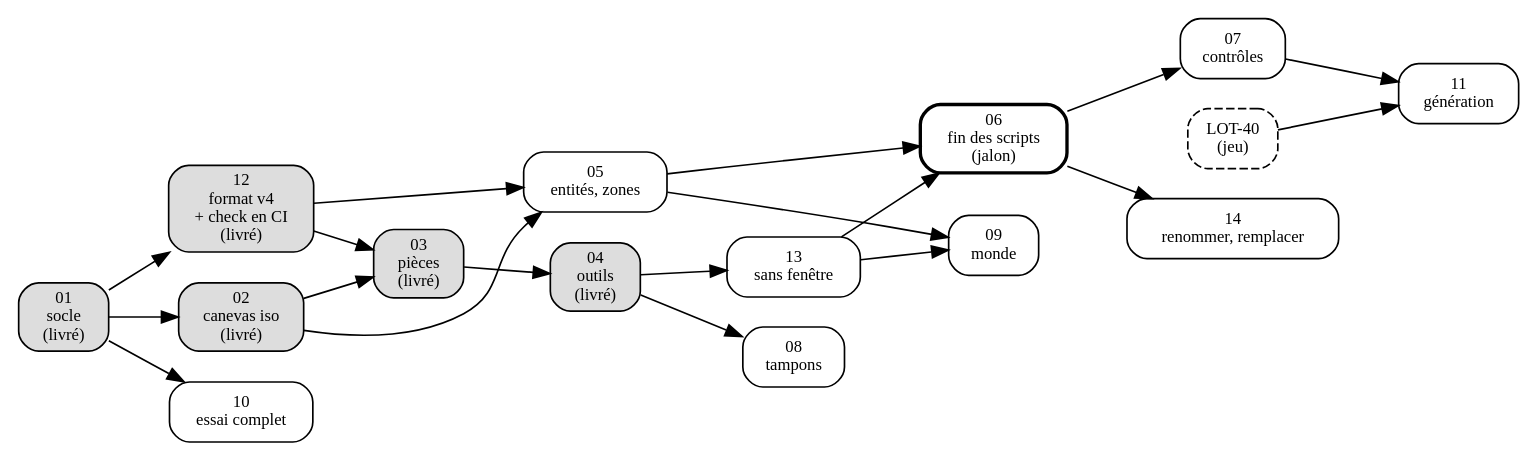
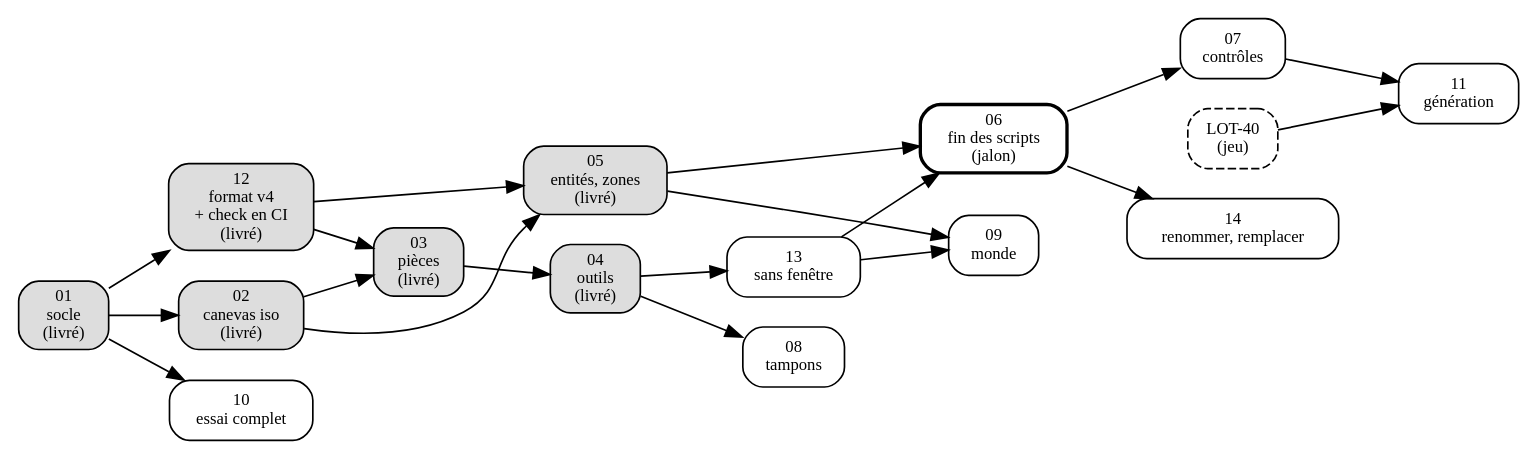
The diagram in Documentation/Editeur/feuille-de-route.md (azertval/JustAnotherDnDGame), drawn with Graphviz before and after one commit. The commit also changed other lines of this file and 40 other files, not shown here.

````diff
--- a/Documentation/Editeur/feuille-de-route.md
+++ b/Documentation/Editeur/feuille-de-route.md
@@ -209,29 +209,29 @@
 ```dot
 digraph editeur {
   rankdir=LR;
   node [shape=box, style=rounded, fontsize=10];
   E01 [label="01\nsocle\n(livré)", style="rounded,filled", fillcolor="#dddddd"];
   E02 [label="02\ncanevas iso\n(livré)", style="rounded,filled", fillcolor="#dddddd"];
   E12 [label="12\nformat v4\n+ check en CI\n(livré)", style="rounded,filled", fillcolor="#dddddd"];
   E03 [label="03\npièces\n(livré)", style="rounded,filled", fillcolor="#dddddd"];
   E04 [label="04\noutils\n(livré)", style="rounded,filled", fillcolor="#dddddd"];
-  E05 [label="05\nentités, zones"];
+  E05 [label="05\nentités, zones\n(livré)", style="rounded,filled", fillcolor="#dddddd"];
   E13 [label="13\nsans fenêtre"];
   E06 [label="06\nfin des scripts\n(jalon)", style="rounded,bold"];
   E07 [label="07\ncontrôles"];
   E14 [label="14\nrenommer, remplacer"];
   E08 [label="08\ntampons"];
   E09 [label="09\nmonde"];
   E10 [label="10\nessai complet"];
   E11 [label="11\ngénération"];
   L40 [label="LOT-40\n(jeu)", style="rounded,dashed"];
   E01 -> E02; E01 -> E12; E01 -> E10;
   E02 -> E03; E12 -> E03;
   E02 -> E05; E12 -> E05;
   E03 -> E04; E04 -> E13; E04 -> E08;
   E13 -> E06; E05 -> E06;
   E06 -> E07; E06 -> E14;
   E05 -> E09; E13 -> E09;
   E07 -> E11; L40 -> E11;
 }
 ```
````
